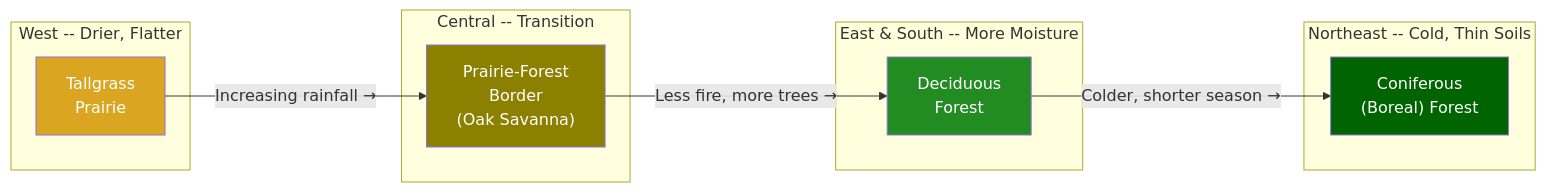
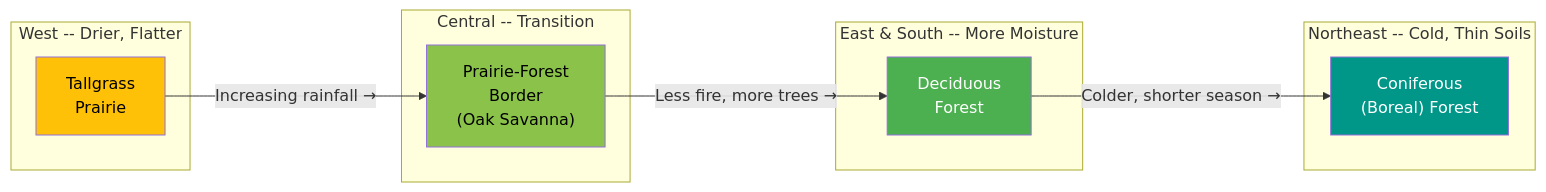
The first of 2 diagrams in docs/chapters/02-ecoregions-growing-conditions/index.md (arunbatchu/minnesota-native-plants), drawn with Mermaid before and after one commit. The commit also changed other lines of this file and 10 other files, not shown here.

First line of the commit message:
Fix Mermaid diagram colors for accessibility — high contrast palette

````diff
--- a/docs/chapters/02-ecoregions-growing-conditions/index.md
+++ b/docs/chapters/02-ecoregions-growing-conditions/index.md
@@ -28,24 +28,24 @@
 ```mermaid
 flowchart LR
     subgraph WEST["West -- Drier, Flatter"]
         TP["Tallgrass<br/>Prairie"]
     end
     subgraph CENTER["Central -- Transition"]
         PFB["Prairie-Forest<br/>Border<br/>(Oak Savanna)"]
     end
     subgraph EAST["East & South -- More Moisture"]
         DF["Deciduous<br/>Forest"]
     end
     subgraph NORTHEAST["Northeast -- Cold, Thin Soils"]
         CF["Coniferous<br/>(Boreal) Forest"]
     end
 
     TP -- "Increasing rainfall →" --> PFB
     PFB -- "Less fire, more trees →" --> DF
     DF -- "Colder, shorter season →" --> CF
 
-    style TP fill:#DAA520,color:#fff
-    style PFB fill:#8B8000,color:#fff
-    style DF fill:#228B22,color:#fff
-    style CF fill:#006400,color:#fff
+    style TP fill:#FFC107,color:#000
+    style PFB fill:#8BC34A,color:#000
+    style DF fill:#4CAF50,color:#fff
+    style CF fill:#009688,color:#fff
 ```
````
